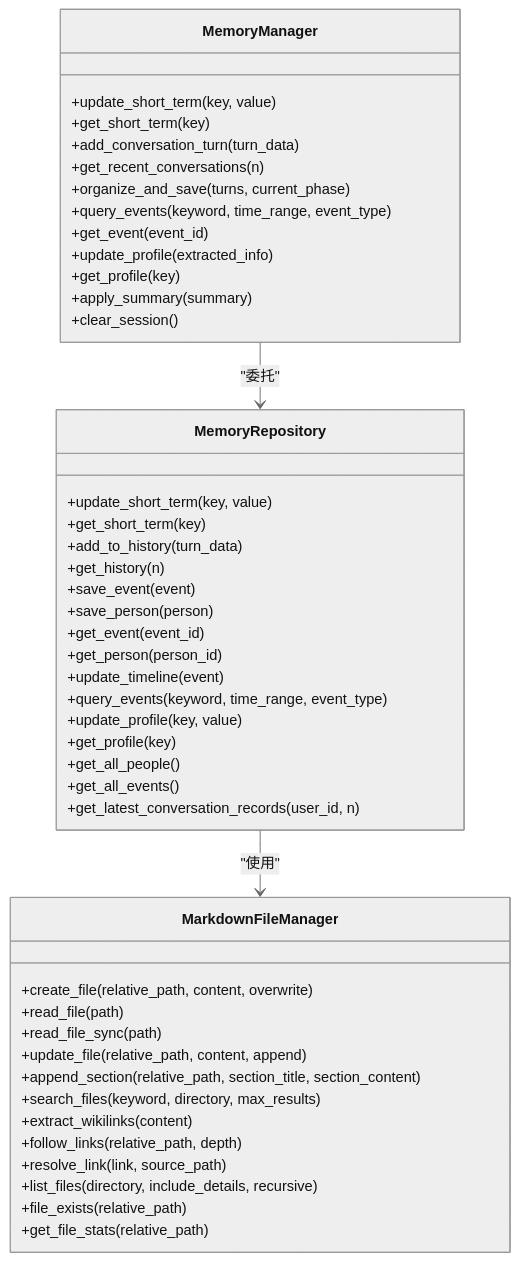
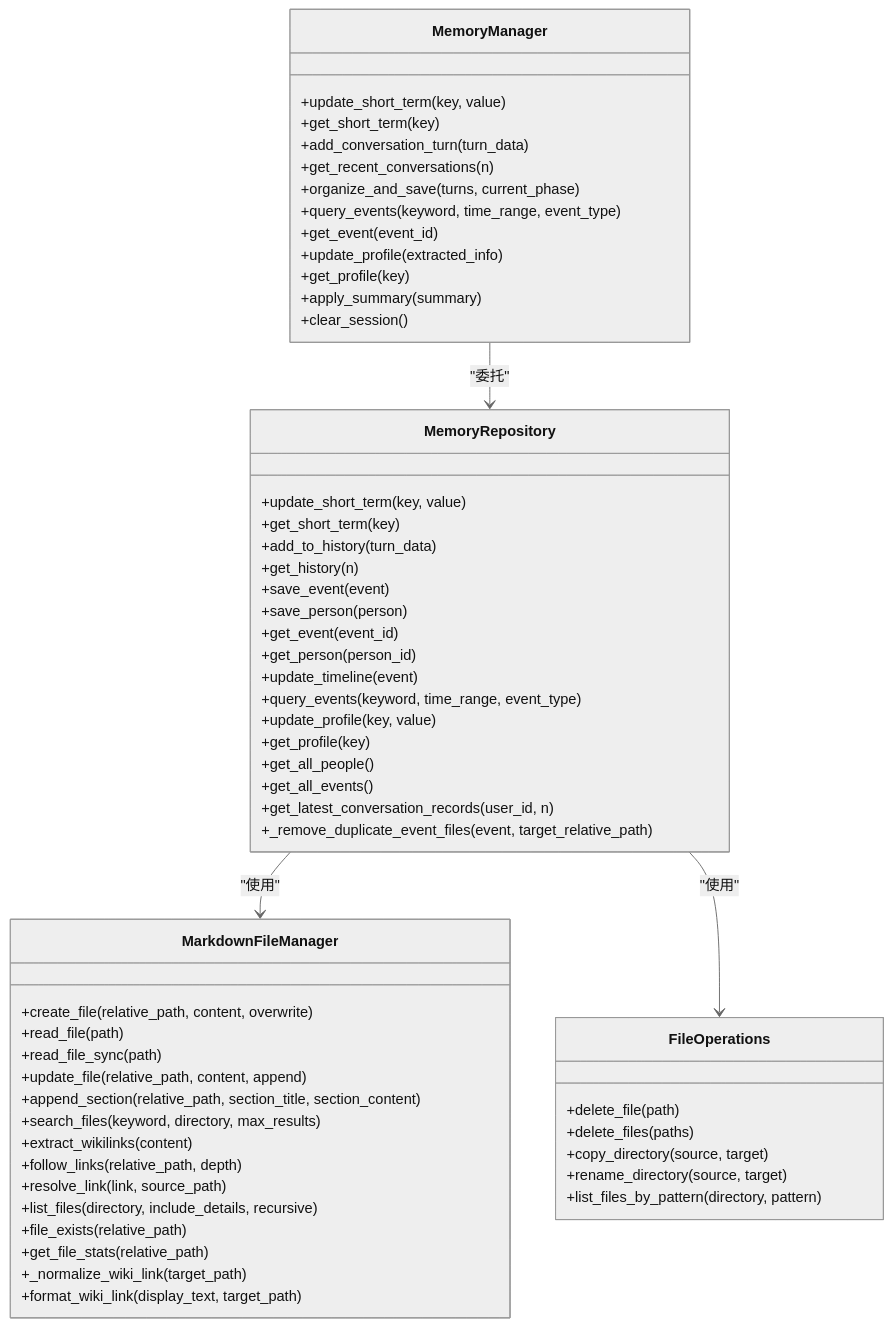
Before and after one commit to WangYiKai1017/zizuan: the second of 7 diagrams in .qoder/repowiki/zh/content/记忆管理系统/记忆管理系统.md, drawn with Mermaid (neutral theme). The commit also changed other lines of this file and 99 other files, not shown here.

````diff
--- a/.qoder/repowiki/zh/content/记忆管理系统/记忆管理系统.md
+++ b/.qoder/repowiki/zh/content/记忆管理系统/记忆管理系统.md
@@ -107,49 +110,60 @@
 ```mermaid
 classDiagram
 class MemoryManager {
 +update_short_term(key, value)
 +get_short_term(key)
 +add_conversation_turn(turn_data)
 +get_recent_conversations(n)
 +organize_and_save(turns, current_phase)
 +query_events(keyword, time_range, event_type)
 +get_event(event_id)
 +update_profile(extracted_info)
 +get_profile(key)
 +apply_summary(summary)
 +clear_session()
 }
 class MemoryRepository {
 +update_short_term(key, value)
 +get_short_term(key)
 +add_to_history(turn_data)
 +get_history(n)
 +save_event(event)
 +save_person(person)
 +get_event(event_id)
 +get_person(person_id)
 +update_timeline(event)
 +query_events(keyword, time_range, event_type)
 +update_profile(key, value)
 +get_profile(key)
 +get_all_people()
 +get_all_events()
 +get_latest_conversation_records(user_id, n)
++_remove_duplicate_event_files(event, target_relative_path)
 }
 class MarkdownFileManager {
 +create_file(relative_path, content, overwrite)
 +read_file(path)
 +read_file_sync(path)
 +update_file(relative_path, content, append)
 +append_section(relative_path, section_title, section_content)
 +search_files(keyword, directory, max_results)
 +extract_wikilinks(content)
 +follow_links(relative_path, depth)
 +resolve_link(link, source_path)
 +list_files(directory, include_details, recursive)
 +file_exists(relative_path)
 +get_file_stats(relative_path)
++_normalize_wiki_link(target_path)
++format_wiki_link(display_text, target_path)
+}
+class FileOperations {
++delete_file(path)
++delete_files(paths)
++copy_directory(source, target)
++rename_directory(source, target)
++list_files_by_pattern(directory, pattern)
 }
 MemoryManager --> MemoryRepository : "委托"
 MemoryRepository --> MarkdownFileManager : "使用"
+MemoryRepository --> FileOperations : "使用"
 ```
````
